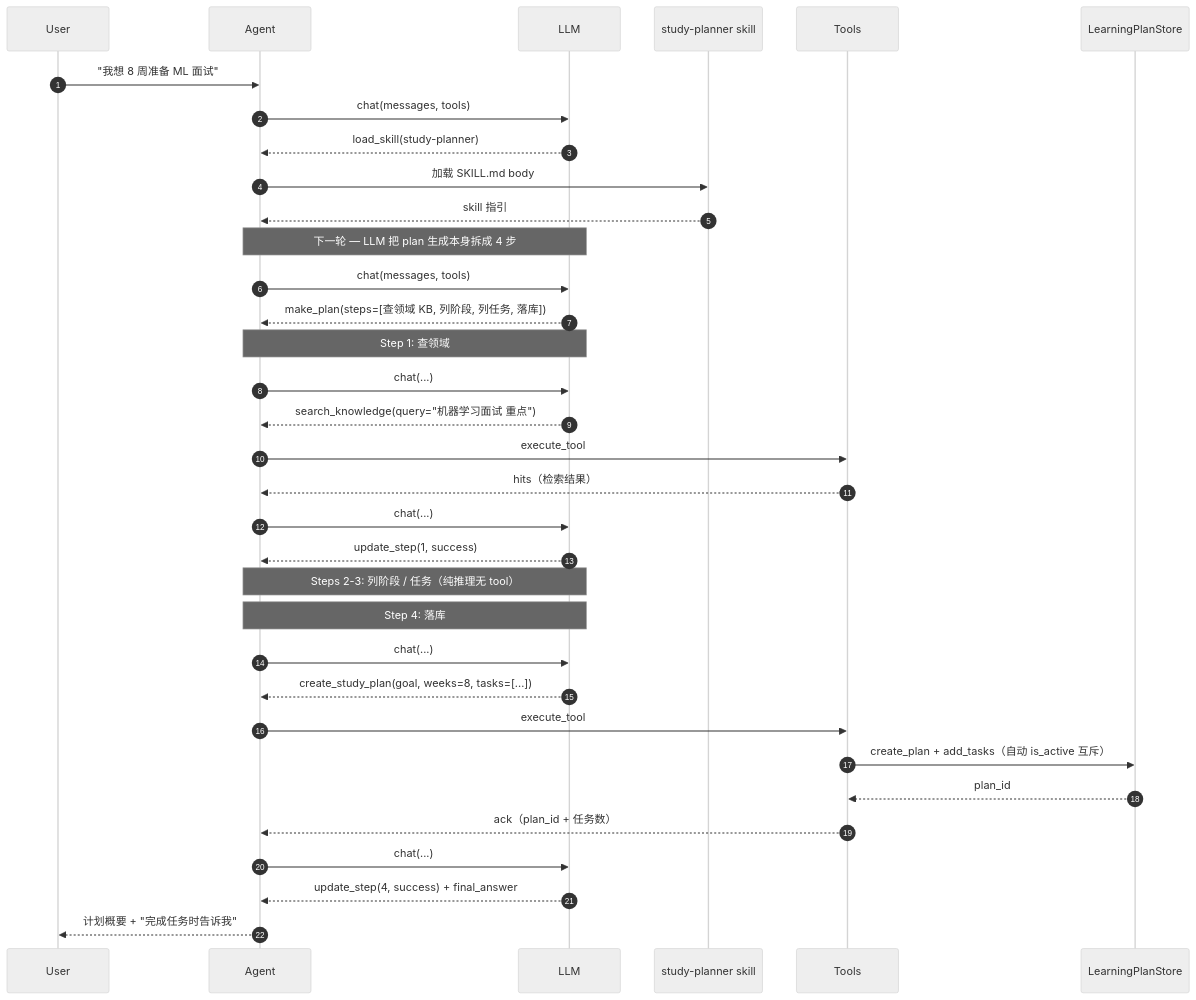
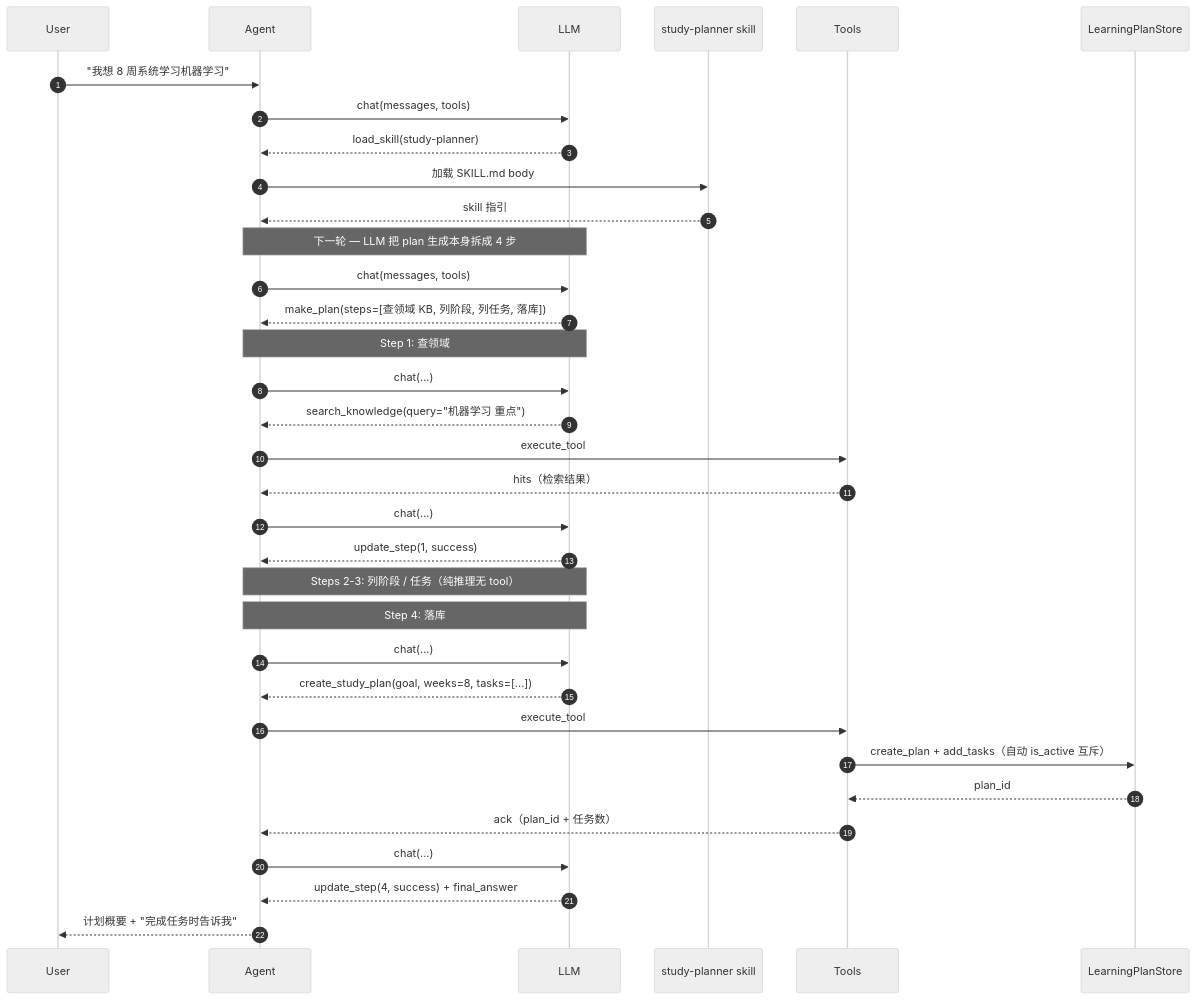
One commit to michaelwangzhenan/AgentA changed diagram 16 of 27 in docs/design.md. Above: the diagram before and after it, drawn with Mermaid (neutral theme). The commit also changed other lines of this file and 22 other files, not shown here.

````diff
--- a/docs/design.md
+++ b/docs/design.md
@@ -699,40 +699,40 @@
 ```mermaid
 sequenceDiagram
     autonumber
     participant U as User
     participant A as Agent
     participant L as LLM
     participant SK as study-planner skill
     participant T as Tools
     participant LP as LearningPlanStore
 
-    U->>A: "我想 8 周准备 ML 面试"
+    U->>A: "我想 8 周系统学习机器学习"
     A->>L: chat(messages, tools)
     L-->>A: load_skill(study-planner)
     A->>SK: 加载 SKILL.md body
     SK-->>A: skill 指引
 
     Note over A,L: 下一轮 — LLM 把 plan 生成本身拆成 4 步
     A->>L: chat(messages, tools)
     L-->>A: make_plan(steps=[查领域 KB, 列阶段, 列任务, 落库])
 
     Note over A,L: Step 1: 查领域
     A->>L: chat(...)
-    L-->>A: search_knowledge(query="机器学习面试 重点")
+    L-->>A: search_knowledge(query="机器学习 重点")
     A->>T: execute_tool
     T-->>A: hits（检索结果）
     A->>L: chat(...)
     L-->>A: update_step(1, success)
 
     Note over A,L: Steps 2-3: 列阶段 / 任务（纯推理无 tool）
 
     Note over A,L: Step 4: 落库
     A->>L: chat(...)
     L-->>A: create_study_plan(goal, weeks=8, tasks=[...])
     A->>T: execute_tool
     T->>LP: create_plan + add_tasks（自动 is_active 互斥）
     LP-->>T: plan_id
     T-->>A: ack（plan_id + 任务数）
     A->>L: chat(...); L-->>A: update_step(4, success) + final_answer
     A-->>U: 计划概要 + "完成任务时告诉我"
 ```
````
